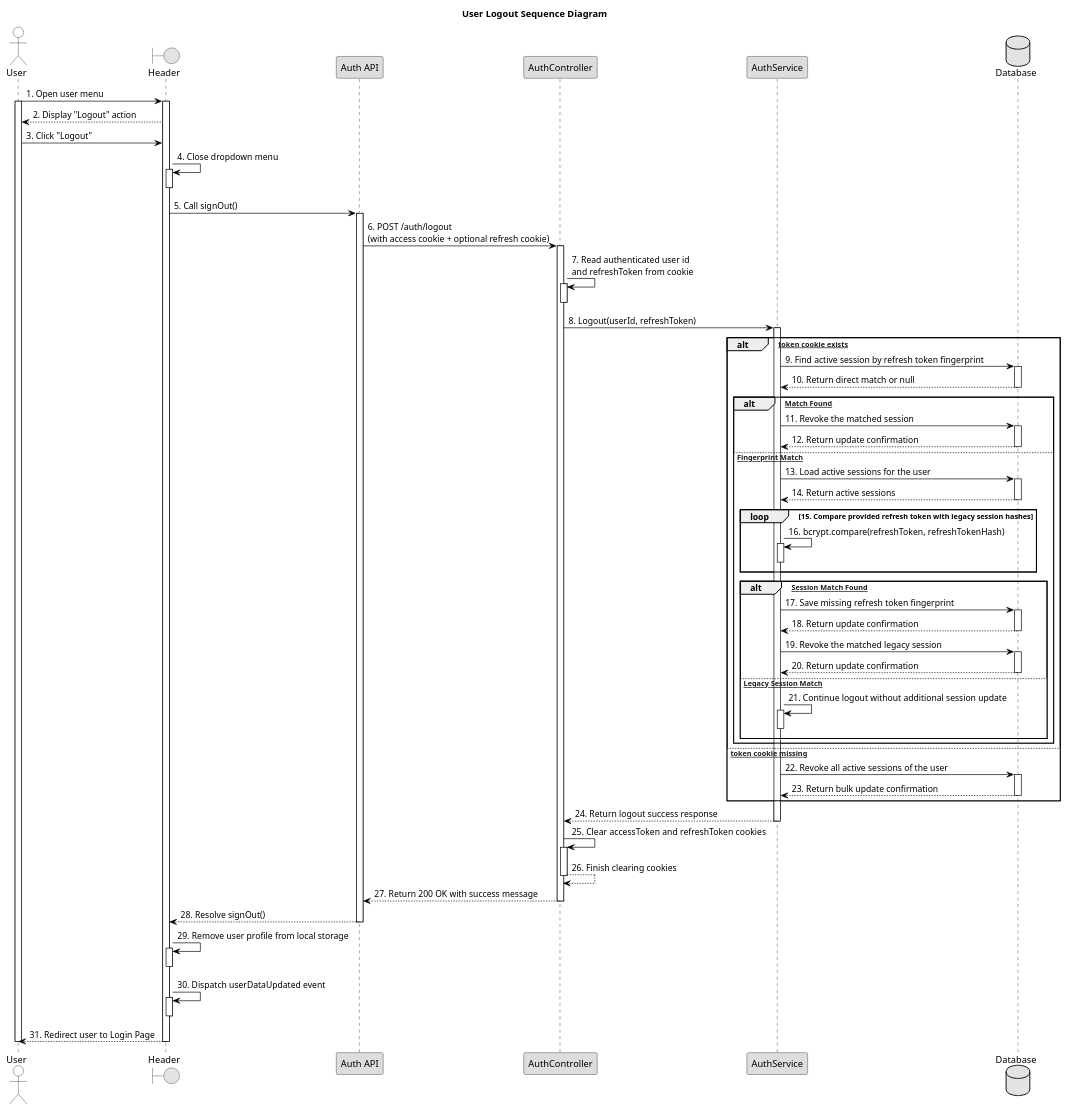
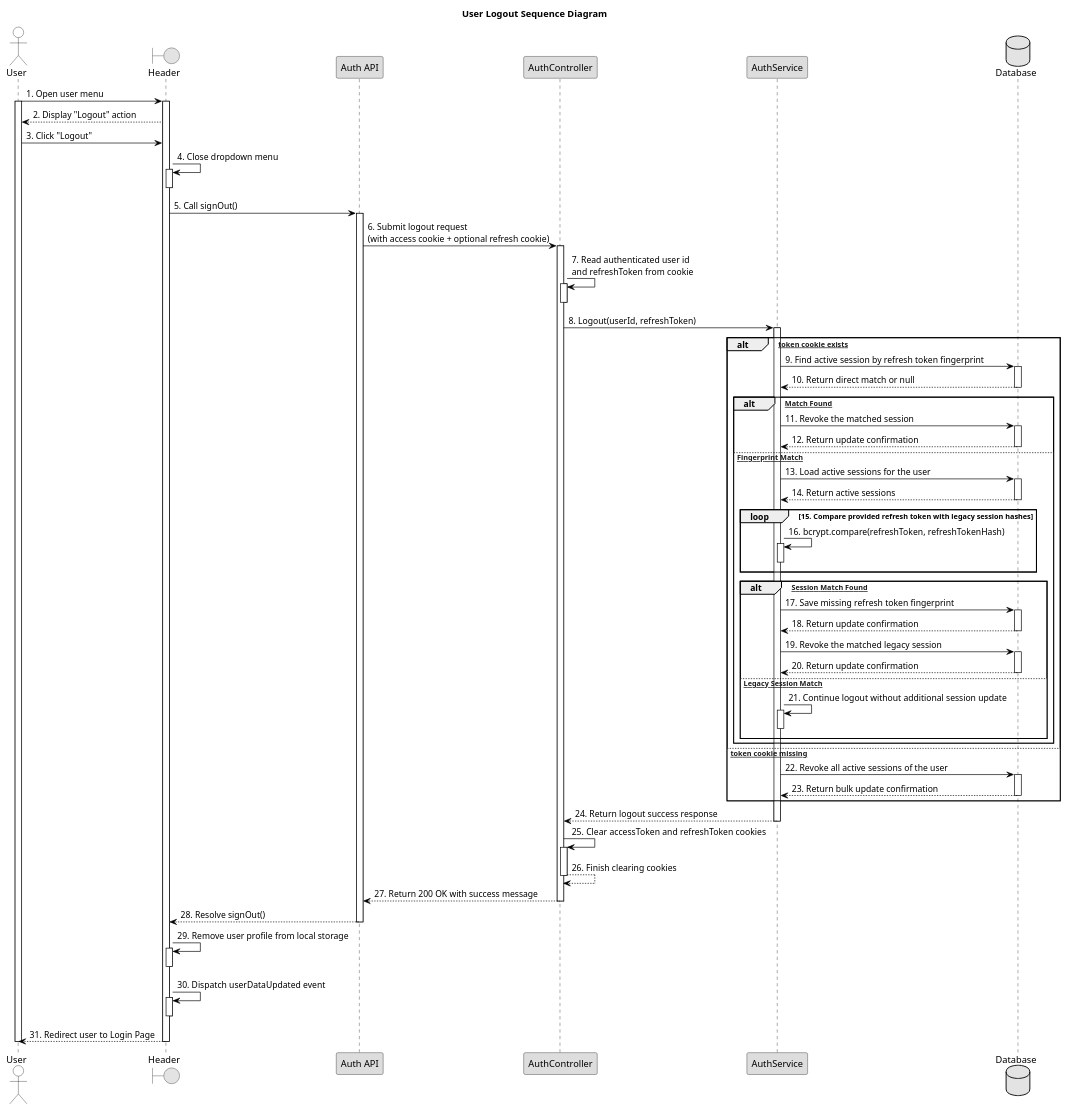
One commit to bangdcce/SEP492-Project changed the diagram in diagram/logout_sequence_diagram.puml. Above: the diagram before and after it, drawn with PlantUML. The commit also changed 221 other files, not shown here.

```diff
--- a/diagram/logout_sequence_diagram.puml
+++ b/diagram/logout_sequence_diagram.puml
@@ -1,131 +1,131 @@
 @startuml Logout_Sequence_Diagram
 
 skinparam monochrome true
 skinparam defaultFontColor Black
 skinparam shadowing false
 
 skinparam sequence {
     ArrowColor Black
     LifeLineBorderColor Black
     LifeLineBackgroundColor White
 
     ParticipantBorderColor Black
     ParticipantBackgroundColor #DDDDDD
     ParticipantFontColor Black
 
     ActorBorderColor Black
     ActorBackgroundColor White
     ActorFontColor Black
 
     GroupHeaderFontColor Black
     GroupHeaderBackgroundColor White
     GroupBodyBackgroundColor White
     GroupBorderColor Black
 }
 
 title User Logout Sequence Diagram
 
 actor "User" as Actor
 boundary "Header" as Page
 participant "Auth API" as Api
 participant "AuthController" as Controller
 participant "AuthService" as Service
 database "Database" as DB
 
 Actor -> Page : 1. Open user menu
 activate Actor
 activate Page
 
 Page --> Actor : 2. Display "Logout" action
 
 Actor -> Page : 3. Click "Logout"
 Page -> Page : 4. Close dropdown menu
 activate Page
 deactivate Page
 
 Page -> Api : 5. Call signOut()
 activate Api
 
-Api -> Controller : 6. POST /auth/logout\n(with access cookie + optional refresh cookie)
+Api -> Controller : 6. Submit logout request\n(with access cookie + optional refresh cookie)
 activate Controller
 
 Controller -> Controller : 7. Read authenticated user id\nand refreshToken from cookie
 activate Controller
 deactivate Controller
 
 Controller -> Service : 8. Logout(userId, refreshToken)
 activate Service
 
 alt [Refresh token cookie exists]
     Service -> DB : 9. Find active session by refresh token fingerprint
     activate DB
     DB --> Service : 10. Return direct match or null
     deactivate DB
 
     alt [Fingerprint Match Found]
         Service -> DB : 11. Revoke the matched session
         activate DB
         DB --> Service : 12. Return update confirmation
         deactivate DB
     else [No Fingerprint Match]
         Service -> DB : 13. Load active sessions for the user
         activate DB
         DB --> Service : 14. Return active sessions
         deactivate DB
 
         loop 15. Compare provided refresh token with legacy session hashes
             Service -> Service : 16. bcrypt.compare(refreshToken, refreshTokenHash)
             activate Service
             deactivate Service
         end
 
         alt [Legacy Session Match Found]
             Service -> DB : 17. Save missing refresh token fingerprint
             activate DB
             DB --> Service : 18. Return update confirmation
             deactivate DB
 
             Service -> DB : 19. Revoke the matched legacy session
             activate DB
             DB --> Service : 20. Return update confirmation
             deactivate DB
         else [No Legacy Session Match]
             Service -> Service : 21. Continue logout without additional session update
             activate Service
             deactivate Service
         end
     end
 else [Refresh token cookie missing]
     Service -> DB : 22. Revoke all active sessions of the user
     activate DB
     DB --> Service : 23. Return bulk update confirmation
     deactivate DB
 end
 
 Service --> Controller : 24. Return logout success response
 deactivate Service
 
 Controller -> Controller : 25. Clear accessToken and refreshToken cookies
 activate Controller
 Controller --> Controller : 26. Finish clearing cookies
 deactivate Controller
 
 Controller --> Api : 27. Return 200 OK with success message
 deactivate Controller
 Api --> Page : 28. Resolve signOut()
 deactivate Api
 
 Page -> Page : 29. Remove user profile from local storage
 activate Page
 deactivate Page
 
 Page -> Page : 30. Dispatch userDataUpdated event
 activate Page
 deactivate Page
 
 Page --> Actor : 31. Redirect user to Login Page
 
 deactivate Page
 deactivate Actor
 
 @enduml
```
